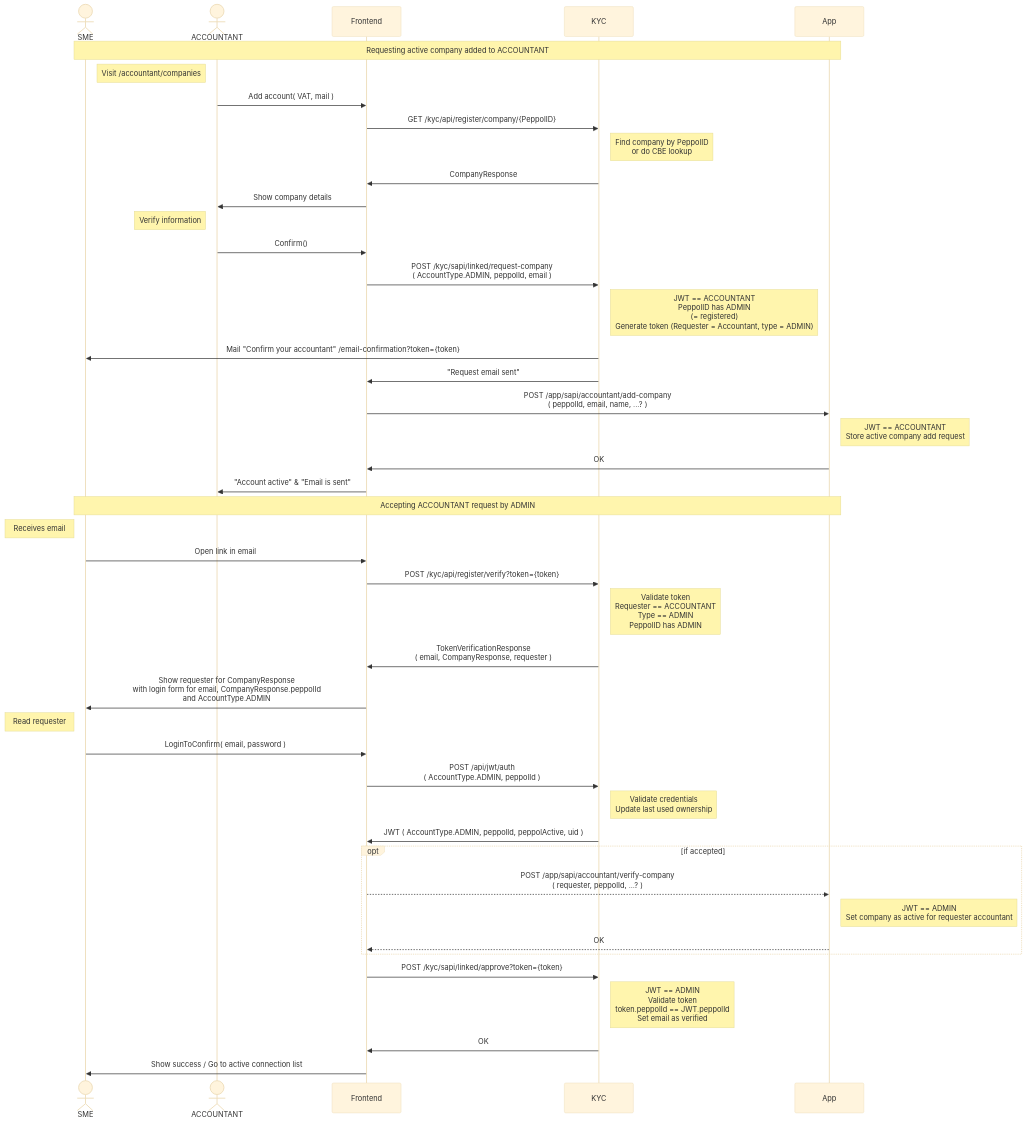
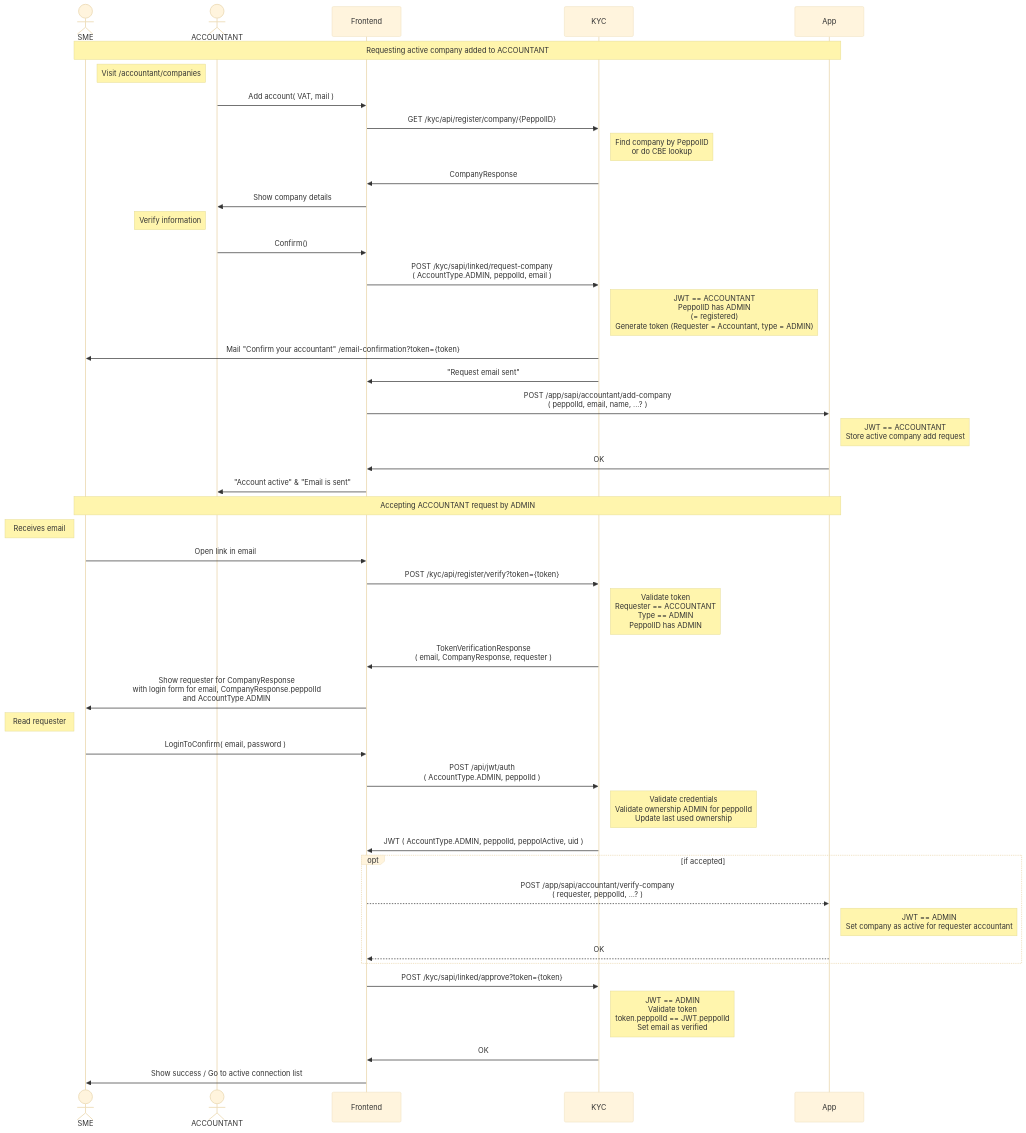
The diagram in readme/Registration active ADMIN via ACCOUNTANT and verify by email.md (letspeppol/letspeppol), drawn with Mermaid (base theme) before and after one commit. The commit also changed 2 other files, not shown here.

Commit message:
Swap of accountType possible

````diff
--- a/readme/Registration active ADMIN via ACCOUNTANT and verify by email.md
+++ b/readme/Registration active ADMIN via ACCOUNTANT and verify by email.md
@@ -3,50 +3,50 @@
 ```mermaid
 sequenceDiagram
     actor SME as SME
     actor ACCOUNTANT as ACCOUNTANT
     participant Frontend as Frontend
     participant KYC as KYC
     participant App as App
 
 Note over SME, App: Requesting active company added to ACCOUNTANT
     Note left of ACCOUNTANT: Visit /accountant/companies
     ACCOUNTANT ->> Frontend: Add account( VAT, mail )
     Frontend ->> KYC: GET /kyc/api/register/company/{PeppolID}
     Note right of KYC: Find company by PeppolID <br> or do CBE lookup
     KYC ->> Frontend: CompanyResponse
     Frontend ->> ACCOUNTANT: Show company details
 
     Note left of ACCOUNTANT: Verify information
     ACCOUNTANT ->> Frontend: Confirm()
     Frontend ->> KYC: POST /kyc/sapi/linked/request-company <br> ( AccountType.ADMIN, peppolId, email )
     Note right of KYC: JWT == ACCOUNTANT <br> PeppolID has ADMIN <br>(= registered) <br> Generate token (Requester = Accountant, type = ADMIN)
     KYC ->> SME: Mail "Confirm your accountant" /email-confirmation?token={token}
     KYC ->> Frontend: "Request email sent"
     Frontend ->> App: POST /app/sapi/accountant/add-company <br> ( peppolId, email, name, ...? )
     Note right of App: JWT == ACCOUNTANT <br> Store active company add request
     App ->> Frontend: OK
     Frontend ->> ACCOUNTANT: "Account active" & "Email is sent"
 
 Note over SME, App: Accepting ACCOUNTANT request by ADMIN
     Note left of SME: Receives email
     SME ->> Frontend: Open link in email
     Frontend ->> KYC: POST /kyc/api/register/verify?token={token}
     Note right of KYC: Validate token <br> Requester == ACCOUNTANT <br> Type == ADMIN <br> PeppolID has ADMIN
     KYC ->> Frontend: TokenVerificationResponse <br> ( email, CompanyResponse, requester )
     Frontend ->> SME: Show requester for CompanyResponse <br> with login form for email, CompanyResponse.peppolId <br> and AccountType.ADMIN
 
     Note left of SME: Read requester
     SME ->> Frontend: LoginToConfirm( email, password )
     Frontend ->> KYC: POST /api/jwt/auth <br> ( AccountType.ADMIN, peppolId )
-    Note right of KYC: Validate credentials <br> Update last used ownership
+    Note right of KYC: Validate credentials <br> Validate ownership ADMIN for peppolId <br> Update last used ownership
     KYC ->> Frontend: JWT ( AccountType.ADMIN, peppolId, peppolActive, uid )
     opt if accepted
         Frontend -->> App: POST /app/sapi/accountant/verify-company <br> ( requester, peppolId, ...? )
         Note right of App: JWT == ADMIN <br> Set company as active for requester accountant
         App -->> Frontend: OK
     end
     Frontend ->> KYC: POST /kyc/sapi/linked/approve?token={token}
     Note right of KYC: JWT == ADMIN <br> Validate token <br> token.peppolId == JWT.peppolId <br> Set email as verified
     KYC ->> Frontend: OK
     Frontend ->> SME: Show success / Go to active connection list
 ```
````
